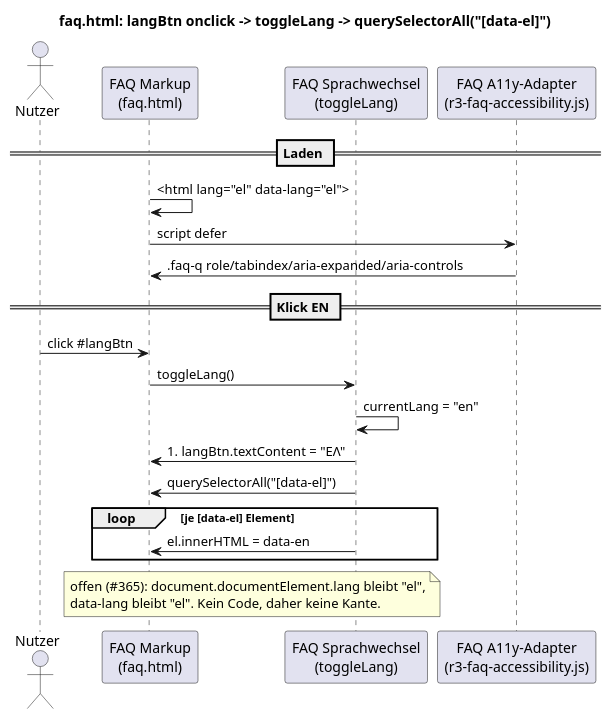
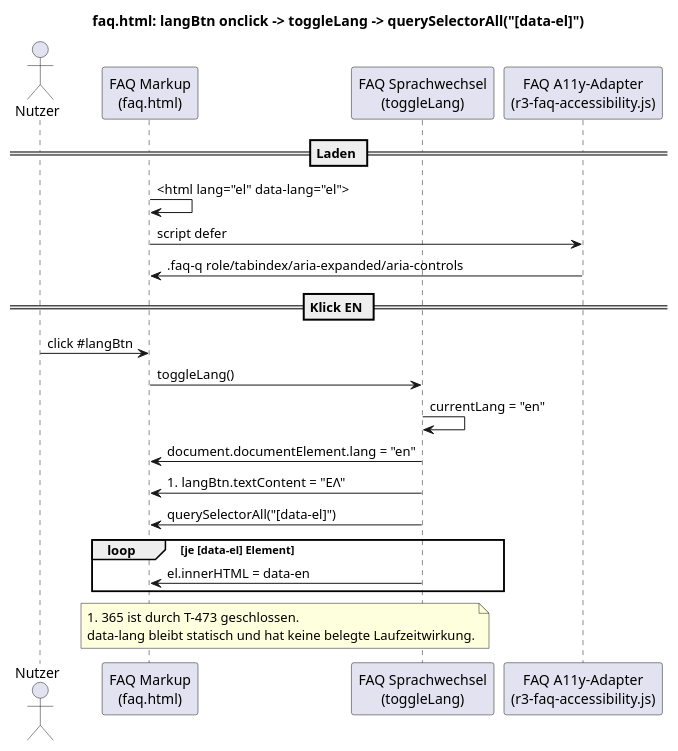
Before and after one commit to NeaBouli/pnyx: the first of 2 diagrams in docs/architecture/main-path.puml, drawn with PlantUML. The commit also changed other lines of this file and 3 other files, not shown here.

Commit message:
docs(architecture): sync FAQ language map after T-473

```diff
--- a/docs/architecture/main-path.puml
+++ b/docs/architecture/main-path.puml
@@ -5,27 +5,28 @@
 @startuml faq-lang-main-path
 title faq.html: langBtn onclick -> toggleLang -> querySelectorAll("[data-el]")
 
 actor Nutzer
 participant "FAQ Markup\n(faq.html)" as Markup
 participant "FAQ Sprachwechsel\n(toggleLang)" as Toggle
 participant "FAQ A11y-Adapter\n(r3-faq-accessibility.js)" as A11y
 
 == Laden ==
 Markup -> Markup : <html lang="el" data-lang="el">
 Markup -> A11y : script defer
 A11y -> Markup : .faq-q role/tabindex/aria-expanded/aria-controls
 
 == Klick EN ==
 Nutzer -> Markup : click #langBtn
 Markup -> Toggle : toggleLang()
 Toggle -> Toggle : currentLang = "en"
+Toggle -> Markup : document.documentElement.lang = "en"
 Toggle -> Markup : #langBtn.textContent = "ΕΛ"
 Toggle -> Markup : querySelectorAll("[data-el]")
 loop je [data-el] Element
   Toggle -> Markup : el.innerHTML = data-en
 end
 note over Toggle, Markup
-  offen (#365): document.documentElement.lang bleibt "el",
-  data-lang bleibt "el". Kein Code, daher keine Kante.
+  #365 ist durch T-473 geschlossen.
+  data-lang bleibt statisch und hat keine belegte Laufzeitwirkung.
 end note
 @enduml
```
